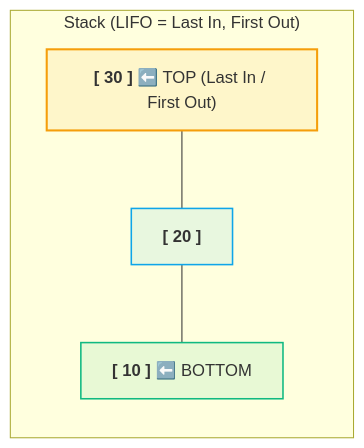
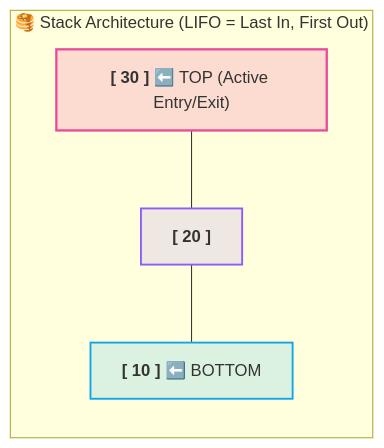
The first of 5 diagrams in CS/DSA/06. Stacks & Queues/01. Stack Fundamentals.md (abhinavbharti2345/CS_Notes), drawn with Mermaid before and after one commit. The commit also changed other lines of this file and 20 other files, not shown here.

Commit message:
feat: add foundational notes and diagrams for computer networking, data structures, and machine learning pipelines

````diff
--- a/CS/DSA/06. Stacks & Queues/01. Stack Fundamentals.md
+++ b/CS/DSA/06. Stacks & Queues/01. Stack Fundamentals.md
@@ -38,17 +38,17 @@
 ```mermaid
 flowchart LR
-    subgraph StackModel ["Stack (LIFO = Last In, First Out)"]
+    subgraph StackModel ["🥞 Stack Architecture (LIFO = Last In, First Out)"]
         direction TB
-        T["<b>[ 30 ]</b> ⬅️ TOP (Last In / First Out)"]
+        T["<b>[ 30 ]</b> ⬅️ TOP (Active Entry/Exit)"]
         M["<b>[ 20 ]</b>"]
         B["<b>[ 10 ]</b> ⬅️ BOTTOM"]
         T --- M --- B
     end
 
-    classDef topNode fill:#f59e0b18,stroke:#f59e0b,stroke-width:2px;
-    classDef midNode fill:#0ea5e918,stroke:#0ea5e9,stroke-width:1.5px;
-    classDef botNode fill:#10b98118,stroke:#10b981,stroke-width:1.5px;
+    classDef topNode fill:#ec489930,stroke:#ec4899,stroke-width:2.2px;
+    classDef midNode fill:#8b5cf625,stroke:#8b5cf6,stroke-width:1.8px;
+    classDef botNode fill:#0ea5e925,stroke:#0ea5e9,stroke-width:1.8px;
     class T topNode;
     class M midNode;
     class B botNode;
 ```
````
